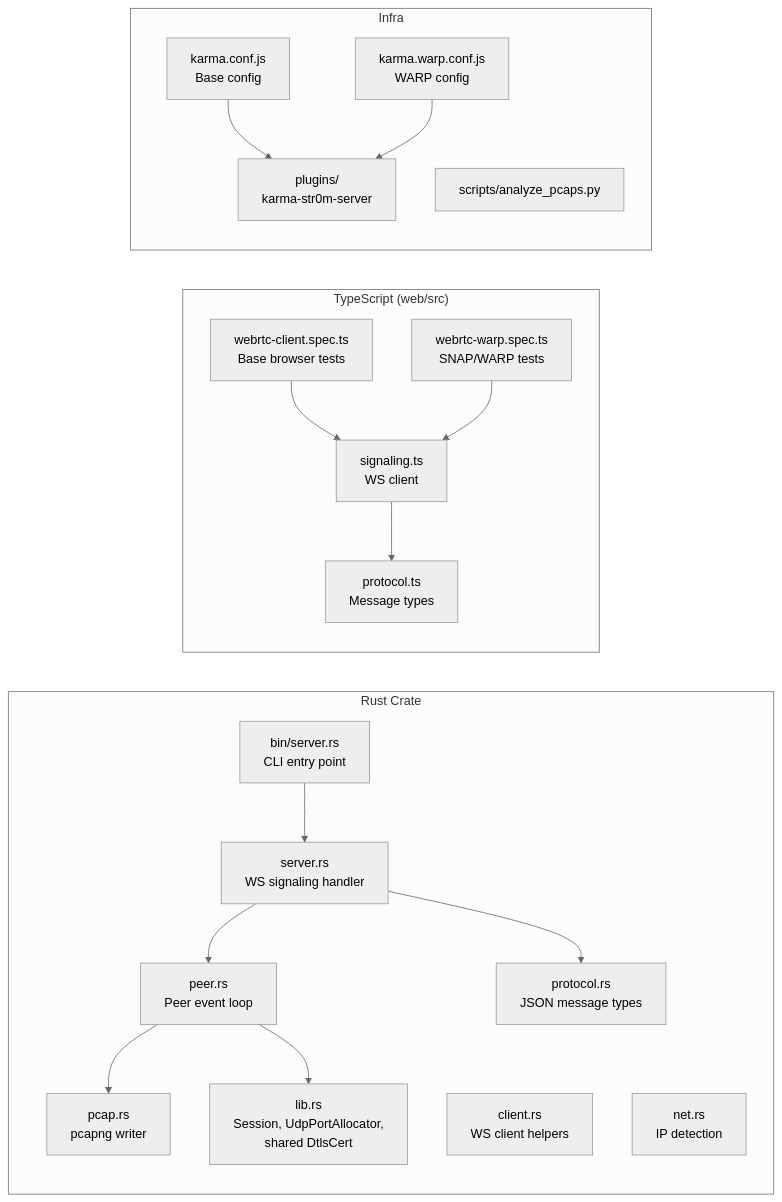
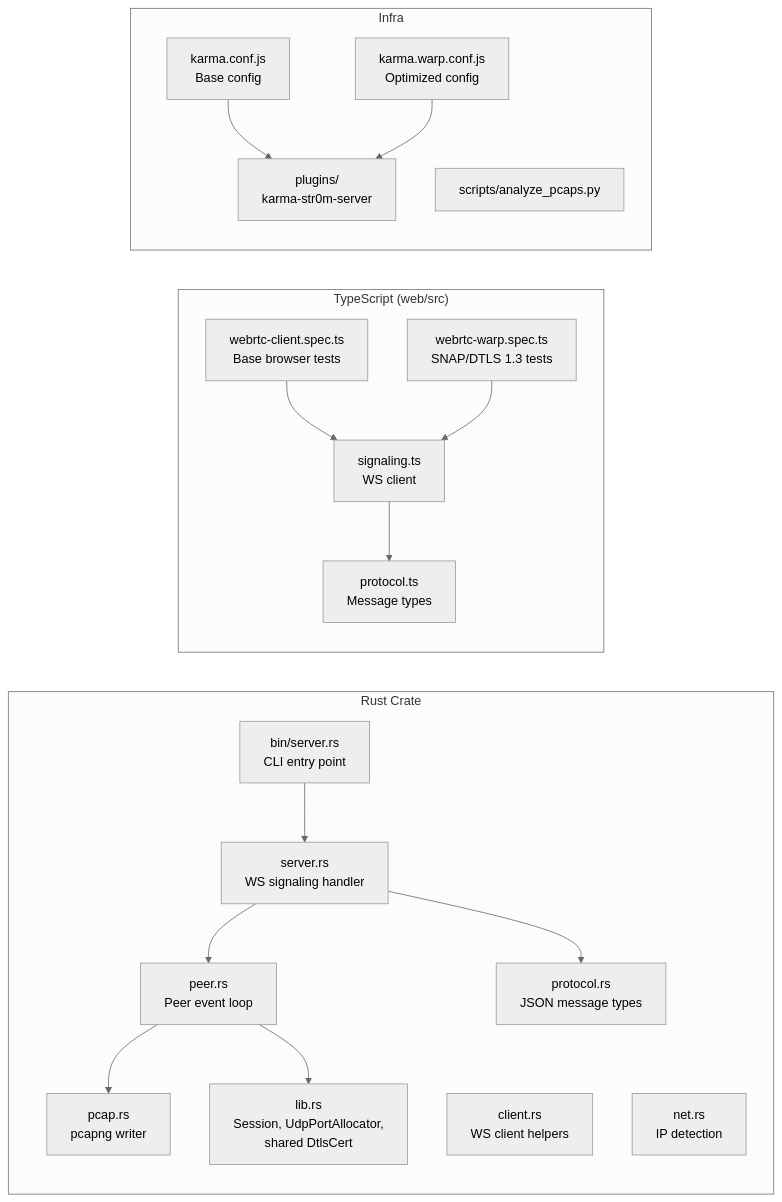
One commit to xnorpx/str0m_browser_integration_tests changed the second of 10 diagrams in README.md. Above: the diagram before and after it, drawn with Mermaid (neutral theme). The commit also changed other lines of this file, not shown here.

Commit message:
docs: Shift focus purely to DTLS 1.3 and SNAP optimizations

````diff
--- a/README.md
+++ b/README.md
@@ -67,37 +67,37 @@
 ```mermaid
 graph LR
     subgraph "Rust Crate"
         bin_server["bin/server.rs<br/>CLI entry point"]
         server["server.rs<br/>WS signaling handler"]
         client["client.rs<br/>WS client helpers"]
         peer["peer.rs<br/>Peer event loop"]
         protocol["protocol.rs<br/>JSON message types"]
         pcap["pcap.rs<br/>pcapng writer"]
         net["net.rs<br/>IP detection"]
         lib["lib.rs<br/>Session, UdpPortAllocator,<br/>shared DtlsCert"]
     end
 
     subgraph "TypeScript (web/src)"
         spec_base["webrtc-client.spec.ts<br/>Base browser tests"]
-        spec_warp["webrtc-warp.spec.ts<br/>SNAP/WARP tests"]
+        spec_warp["webrtc-warp.spec.ts<br/>SNAP/DTLS 1.3 tests"]
         ts_proto["protocol.ts<br/>Message types"]
         ts_signal["signaling.ts<br/>WS client"]
     end
 
     subgraph "Infra"
         karma_base["karma.conf.js<br/>Base config"]
-        karma_warp["karma.warp.conf.js<br/>WARP config"]
+        karma_warp["karma.warp.conf.js<br/>Optimized config"]
         plugin["plugins/<br/>karma-str0m-server"]
         analyze["scripts/analyze_pcaps.py"]
     end
 
     bin_server --> server
     server --> peer
     server --> protocol
     peer --> pcap
     peer --> lib
     spec_base --> ts_signal --> ts_proto
     spec_warp --> ts_signal
     karma_base --> plugin
     karma_warp --> plugin
 ```
````
